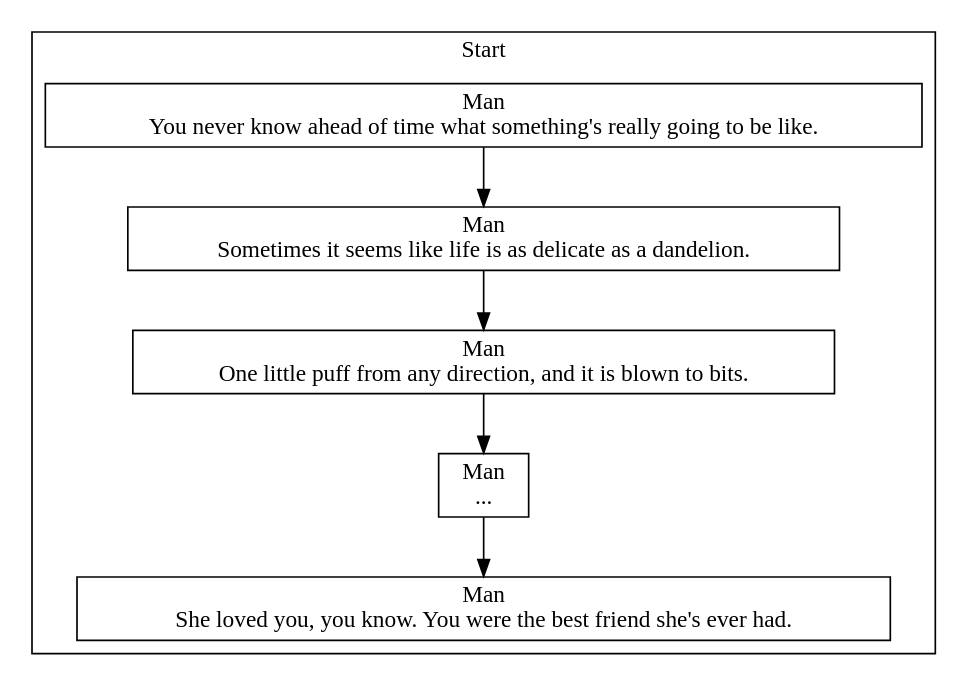
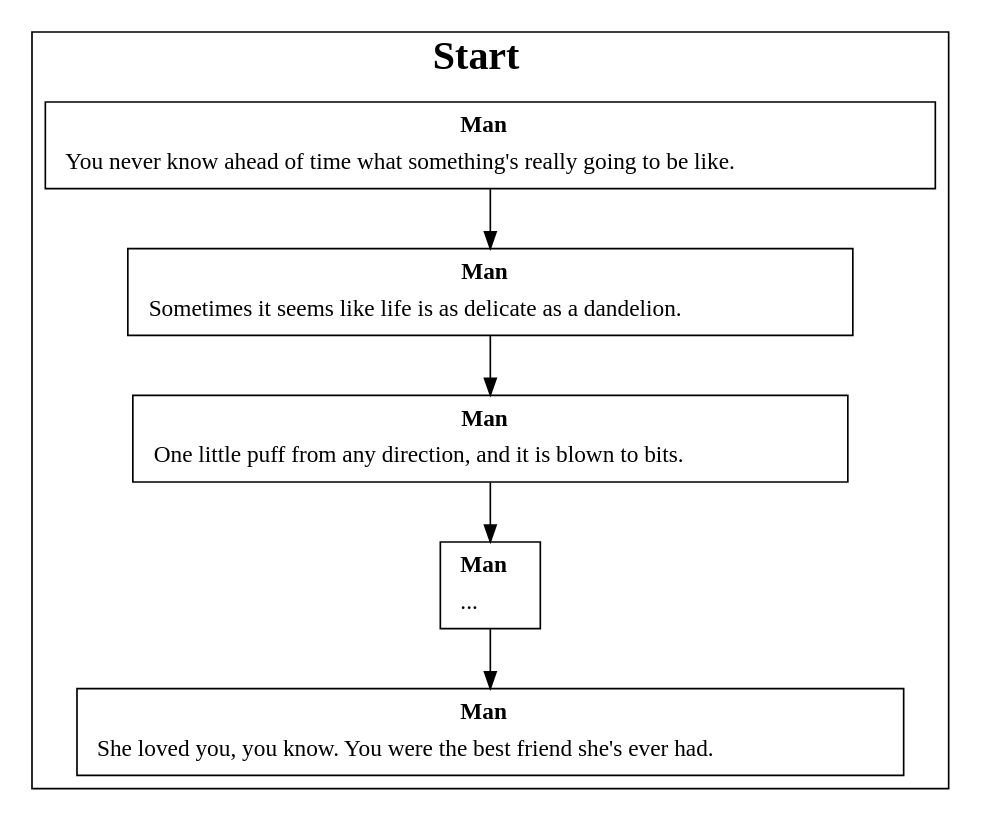
Before and after one commit to patriacaelum/script2py: the diagram in sample/monologue/bridge_to_terabithia.dot, drawn with Graphviz. The commit also changed 26 other files, not shown here.

```diff
--- a/sample/monologue/bridge_to_terabithia.dot
+++ b/sample/monologue/bridge_to_terabithia.dot
@@ -1,14 +1,14 @@
 digraph G {
-subgraph cluster_0{
-label = "Start";
-140458263138016 [label="Man\nYou never know ahead of time what something's really going to be like.", shape=box];
-140458263138256 [label="Man\nSometimes it seems like life is as delicate as a dandelion.", shape=box];
-140458263138064 [label="Man\nOne little puff from any direction, and it is blown to bits.", shape=box];
-140458263138208 [label="Man\n...", shape=box];
-140458263137824 [label="Man\nShe loved you, you know. You were the best friend she's ever had.", shape=box];
+subgraph cluster_0 {
+label=<<b>Start</b>> fontsize="24pt";
+140156120328096 [label=<<table border="0"><tr><td><b>Man</b></td></tr><tr><td align="left">You never know ahead of time what something's really going to be like.</td></tr></table>>, shape=box];
+140156120328240 [label=<<table border="0"><tr><td><b>Man</b></td></tr><tr><td align="left">Sometimes it seems like life is as delicate as a dandelion.</td></tr></table>>, shape=box];
+140156120327856 [label=<<table border="0"><tr><td><b>Man</b></td></tr><tr><td align="left">One little puff from any direction, and it is blown to bits.</td></tr></table>>, shape=box];
+140156120328000 [label=<<table border="0"><tr><td><b>Man</b></td></tr><tr><td align="left">...</td></tr></table>>, shape=box];
+140156120328048 [label=<<table border="0"><tr><td><b>Man</b></td></tr><tr><td align="left">She loved you, you know. You were the best friend she's ever had.</td></tr></table>>, shape=box];
 }
-140458263138016 -> 140458263138256;
-140458263138256 -> 140458263138064;
-140458263138064 -> 140458263138208;
-140458263138208 -> 140458263137824;
+140156120328096 -> 140156120328240;
+140156120328240 -> 140156120327856;
+140156120327856 -> 140156120328000;
+140156120328000 -> 140156120328048;
 }
```
